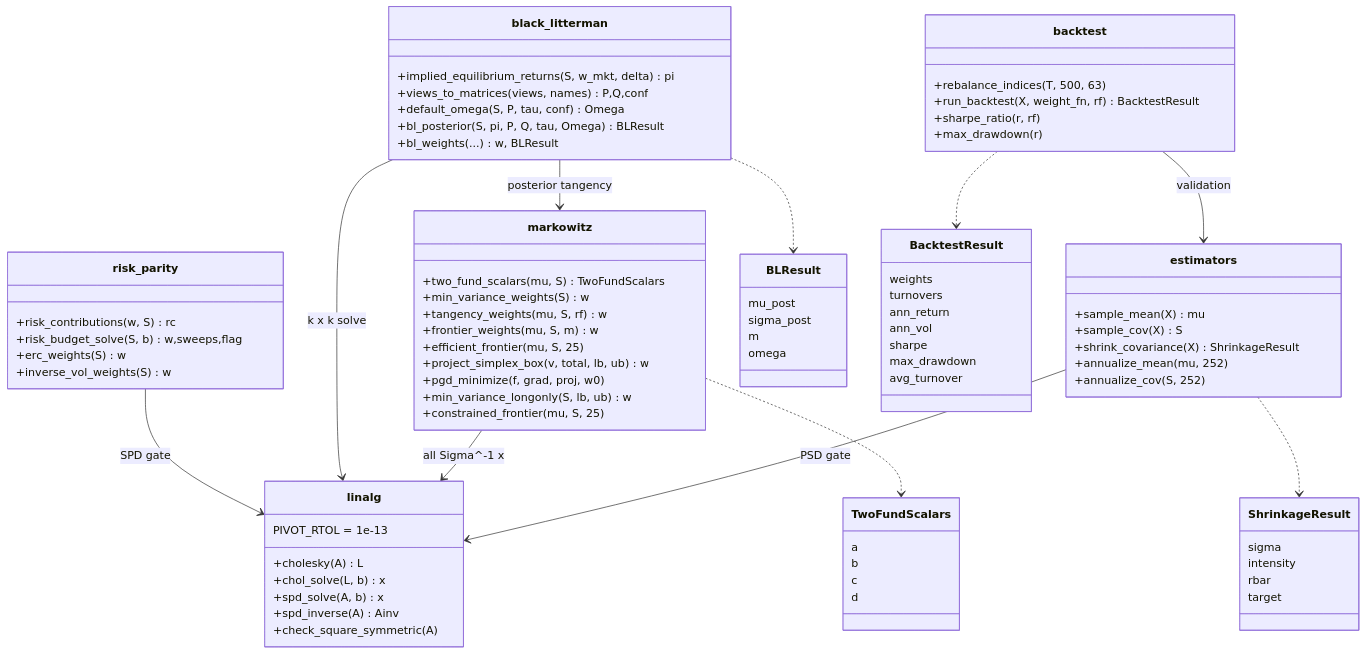
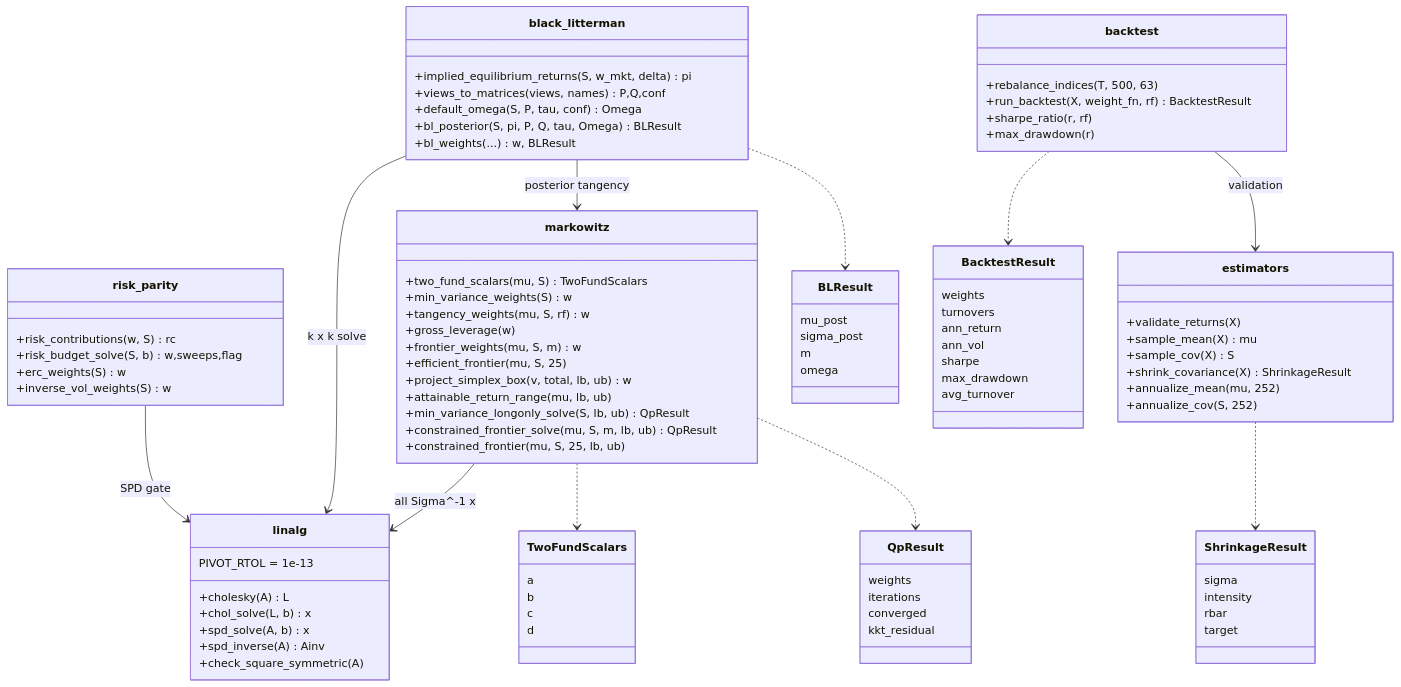
Before and after one commit to AshJha0/portfolio-construction: the second of 3 diagrams in docs/ARCHITECTURE.md, drawn with Mermaid. The commit also changed other lines of this file and 75 other files, not shown here.

```diff
--- a/docs/ARCHITECTURE.md
+++ b/docs/ARCHITECTURE.md
@@ -107,6 +114,7 @@
         PIVOT_RTOL = 1e-13
     }
     class estimators {
+        +validate_returns(X)
         +sample_mean(X) mu
         +sample_cov(X) S
         +shrink_covariance(X) ShrinkageResult
@@ -117,12 +125,14 @@
         +two_fund_scalars(mu, S) TwoFundScalars
         +min_variance_weights(S) w
         +tangency_weights(mu, S, rf) w
+        +gross_leverage(w)
         +frontier_weights(mu, S, m) w
         +efficient_frontier(mu, S, 25)
         +project_simplex_box(v, total, lb, ub) w
-        +pgd_minimize(f, grad, proj, w0)
-        +min_variance_longonly(S, lb, ub) w
-        +constrained_frontier(mu, S, 25)
+        +attainable_return_range(mu, lb, ub)
+        +min_variance_longonly_solve(S, lb, ub) QpResult
+        +constrained_frontier_solve(mu, S, m, lb, ub) QpResult
+        +constrained_frontier(mu, S, 25, lb, ub)
     }
     class black_litterman {
         +implied_equilibrium_returns(S, w_mkt, delta) pi
@@ -149,6 +159,12 @@
         c
         d
     }
+    class QpResult {
+        weights
+        iterations
+        converged
+        kkt_residual
+    }
     class ShrinkageResult {
         sigma
         intensity
@@ -171,13 +187,13 @@
         avg_turnover
     }
 
-    estimators --> linalg : PSD gate
     markowitz --> linalg : all Sigma^-1 x
     black_litterman --> linalg : k x k solve
     black_litterman --> markowitz : posterior tangency
     risk_parity --> linalg : SPD gate
     backtest --> estimators : validation
     markowitz ..> TwoFundScalars
+    markowitz ..> QpResult
     estimators ..> ShrinkageResult
     black_litterman ..> BLResult
     backtest ..> BacktestResult
```
